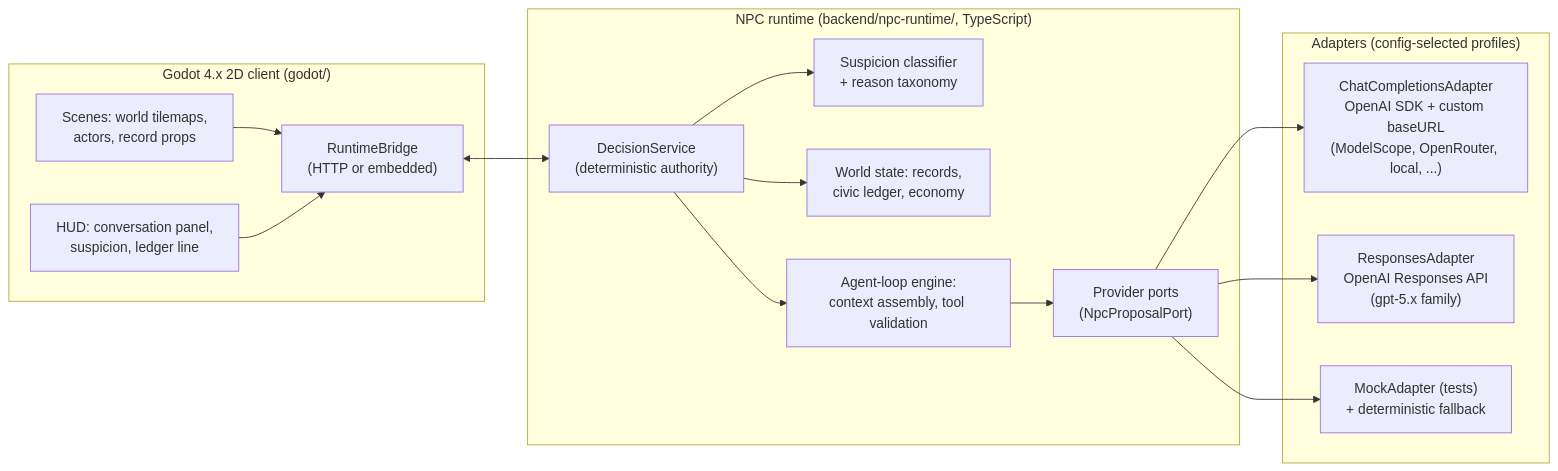
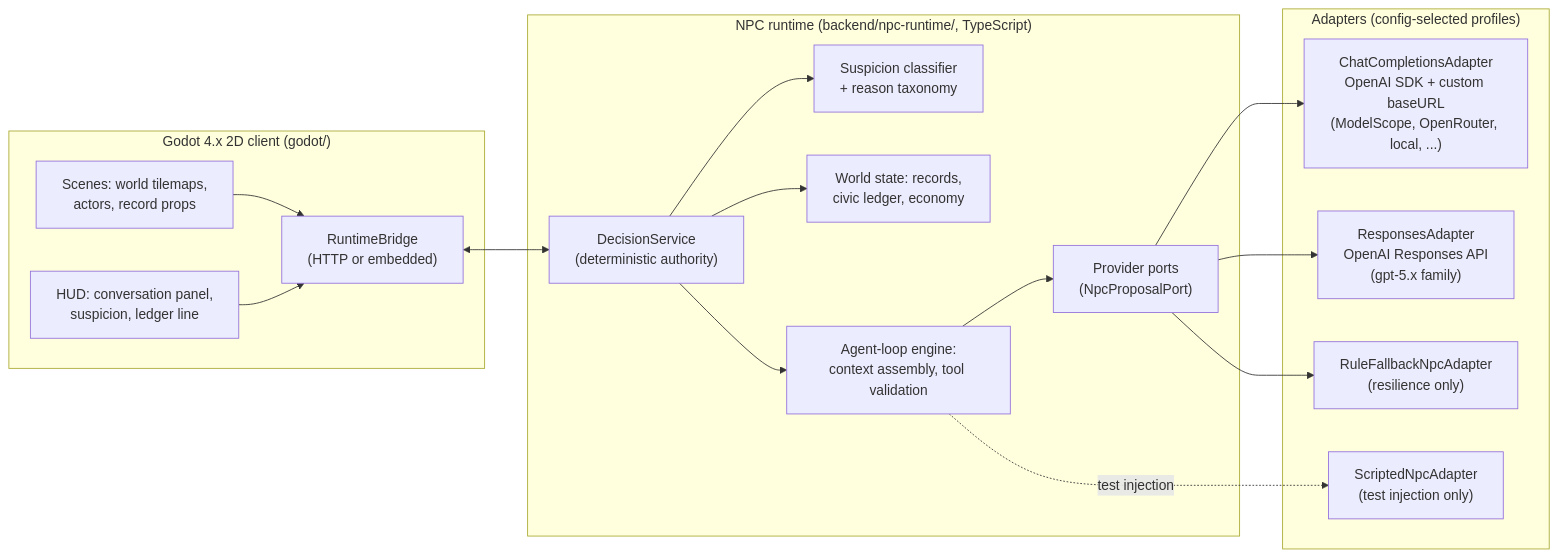
Before and after one commit to gigio1023/dream-of-one: the diagram in docs/tech/architecture.md, drawn with Mermaid. The commit also changed other lines of this file and 1292 other files, not shown here.

````diff
--- a/docs/tech/architecture.md
+++ b/docs/tech/architecture.md
@@ -5,33 +5,35 @@
 ```mermaid
 flowchart LR
     subgraph Client["Godot 4.x 2D client (godot/)"]
         Scenes["Scenes: world tilemaps,\nactors, record props"]
         HUD["HUD: conversation panel,\nsuspicion, ledger line"]
         Bridge["RuntimeBridge\n(HTTP or embedded)"]
     end
 
     subgraph Runtime["NPC runtime (backend/npc-runtime/, TypeScript)"]
         Decision["DecisionService\n(deterministic authority)"]
         Suspicion["Suspicion classifier\n+ reason taxonomy"]
         World["World state: records,\ncivic ledger, economy"]
         Agent["Agent-loop engine:\ncontext assembly, tool validation"]
         Ports["Provider ports\n(NpcProposalPort)"]
     end
 
     subgraph Providers["Adapters (config-selected profiles)"]
         CC["ChatCompletionsAdapter\nOpenAI SDK + custom baseURL\n(ModelScope, OpenRouter, local, ...)"]
         RESP["ResponsesAdapter\nOpenAI Responses API\n(gpt-5.x family)"]
-        MOCK["MockAdapter (tests)\n+ deterministic fallback"]
+        FALLBACK["RuleFallbackNpcAdapter\n(resilience only)"]
+        SCRIPTED["ScriptedNpcAdapter\n(test injection only)"]
     end
 
     Scenes --> Bridge
     HUD --> Bridge
     Bridge <--> Decision
     Decision --> Suspicion
     Decision --> World
     Decision --> Agent
     Agent --> Ports
     Ports --> CC
     Ports --> RESP
-    Ports --> MOCK
+    Ports --> FALLBACK
+    Agent -. test injection .-> SCRIPTED
 ```
````
